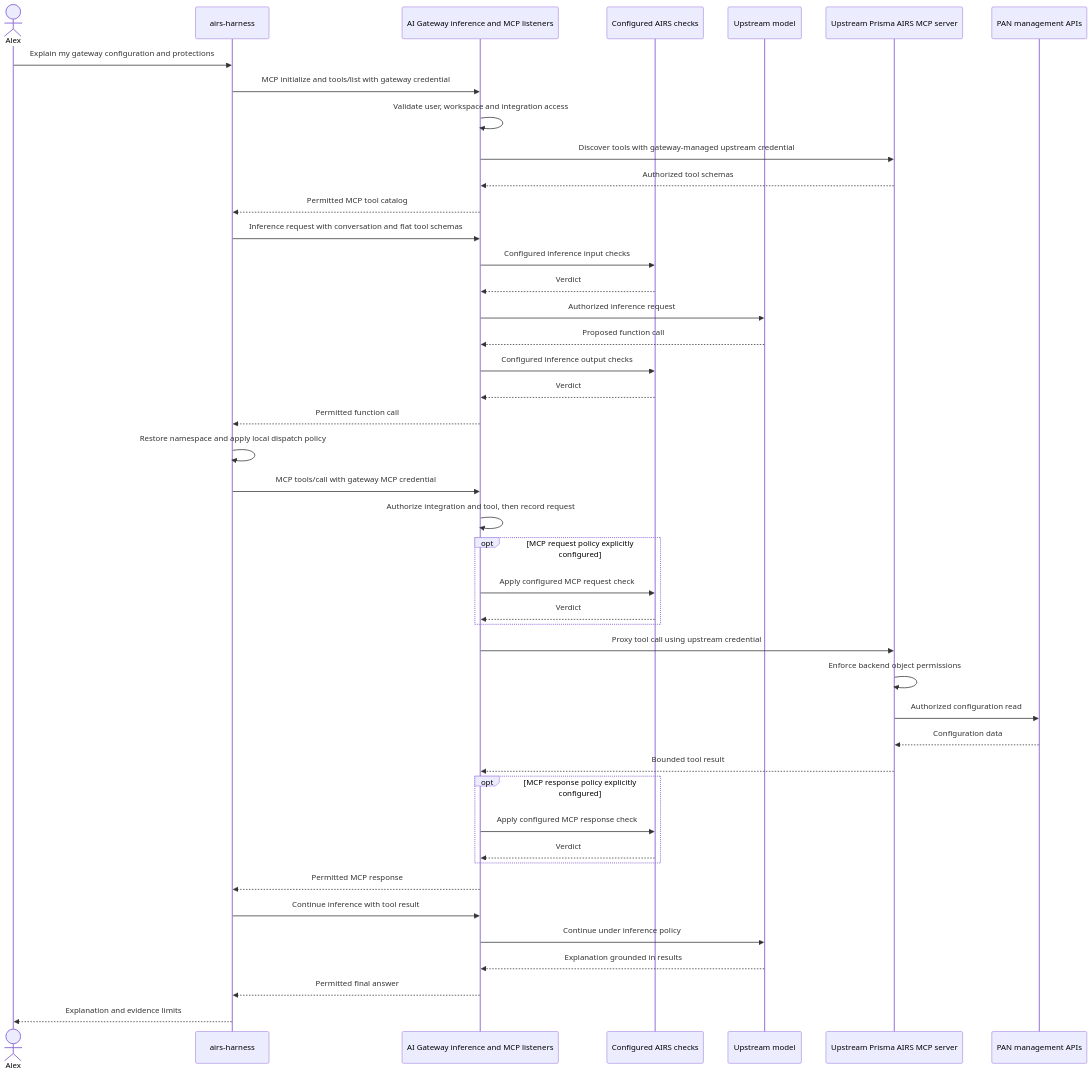
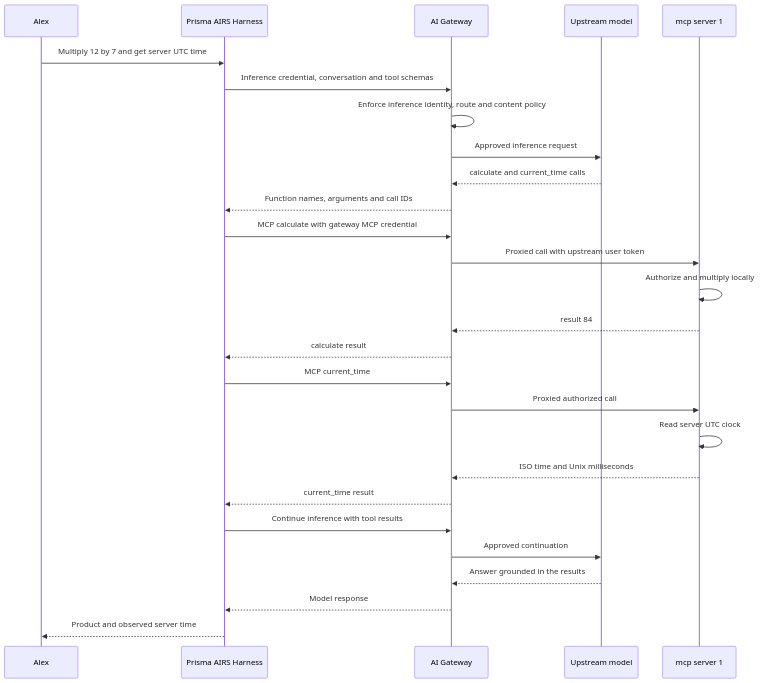
Before and after one commit to cdot65/prisma-airs-reference-architecture: the diagram in docs/walkthrough.md, drawn with Mermaid. The commit also changed other lines of this file and 20 other files, not shown here.

````diff
--- a/docs/walkthrough.md
+++ b/docs/walkthrough.md
@@ -13,48 +15,31 @@
 ```mermaid
 sequenceDiagram
-    accTitle: Required model and tool workflow through AI Gateway
-    accDescr: The harness discovers and calls MCP tools through the gateway. Inference also crosses the gateway. Only the gateway connects to the model and upstream MCP server, applying the configured controls on each path.
-    actor user as Alex
-    participant harness as airs-harness
-    participant gateway as AI Gateway inference and MCP listeners
-    participant scanner as Configured AIRS checks
+    accTitle: A question through inference and two local MCP utilities
+    accDescr: The harness sends the question and tool schemas through the inference gateway. The model selects calculate and current_time. The harness sends both MCP calls through the gateway to mcp server 1, which computes locally. Results return to the harness and are included in a second inference request.
+    participant user as Alex
+    participant harness as Prisma AIRS Harness
+    participant gateway as AI Gateway
     participant model as Upstream model
-    participant upstream as Upstream Prisma AIRS MCP server
-    participant management as PAN management APIs
-    user->>harness: Explain my gateway configuration and protections
-    harness->>gateway: MCP initialize and tools/list with gateway credential
-    gateway->>gateway: Validate user, workspace and integration access
-    gateway->>upstream: Discover tools with gateway-managed upstream credential
-    upstream-->>gateway: Authorized tool schemas
-    gateway-->>harness: Permitted MCP tool catalog
-    harness->>gateway: Inference request with conversation and flat tool schemas
-    gateway->>scanner: Configured inference input checks
-    scanner-->>gateway: Verdict
-    gateway->>model: Authorized inference request
-    model-->>gateway: Proposed function call
-    gateway->>scanner: Configured inference output checks
-    scanner-->>gateway: Verdict
-    gateway-->>harness: Permitted function call
-    harness->>harness: Restore namespace and apply local dispatch policy
-    harness->>gateway: MCP tools/call with gateway MCP credential
-    gateway->>gateway: Authorize integration and tool, then record request
-    opt MCP request policy explicitly configured
-        gateway->>scanner: Apply configured MCP request check
-        scanner-->>gateway: Verdict
-    end
-    gateway->>upstream: Proxy tool call using upstream credential
-    upstream->>upstream: Enforce backend object permissions
-    upstream->>management: Authorized configuration read
-    management-->>upstream: Configuration data
-    upstream-->>gateway: Bounded tool result
-    opt MCP response policy explicitly configured
-        gateway->>scanner: Apply configured MCP response check
-        scanner-->>gateway: Verdict
-    end
-    gateway-->>harness: Permitted MCP response
-    harness->>gateway: Continue inference with tool result
-    gateway->>model: Continue under inference policy
-    model-->>gateway: Explanation grounded in results
-    gateway-->>harness: Permitted final answer
-    harness-->>user: Explanation and evidence limits
+    participant server as mcp server 1
+    user->>harness: Multiply 12 by 7 and get server UTC time
+    harness->>gateway: Inference credential, conversation and tool schemas
+    gateway->>gateway: Enforce inference identity, route and content policy
+    gateway->>model: Approved inference request
+    model-->>gateway: calculate and current_time calls
+    gateway-->>harness: Function names, arguments and call IDs
+    harness->>gateway: MCP calculate with gateway MCP credential
+    gateway->>server: Proxied call with upstream user token
+    server->>server: Authorize and multiply locally
+    server-->>gateway: result 84
+    gateway-->>harness: calculate result
+    harness->>gateway: MCP current_time
+    gateway->>server: Proxied authorized call
+    server->>server: Read server UTC clock
+    server-->>gateway: ISO time and Unix milliseconds
+    gateway-->>harness: current_time result
+    harness->>gateway: Continue inference with tool results
+    gateway->>model: Approved continuation
+    model-->>gateway: Answer grounded in the results
+    gateway-->>harness: Model response
+    harness-->>user: Product and observed server time
 ```
````
